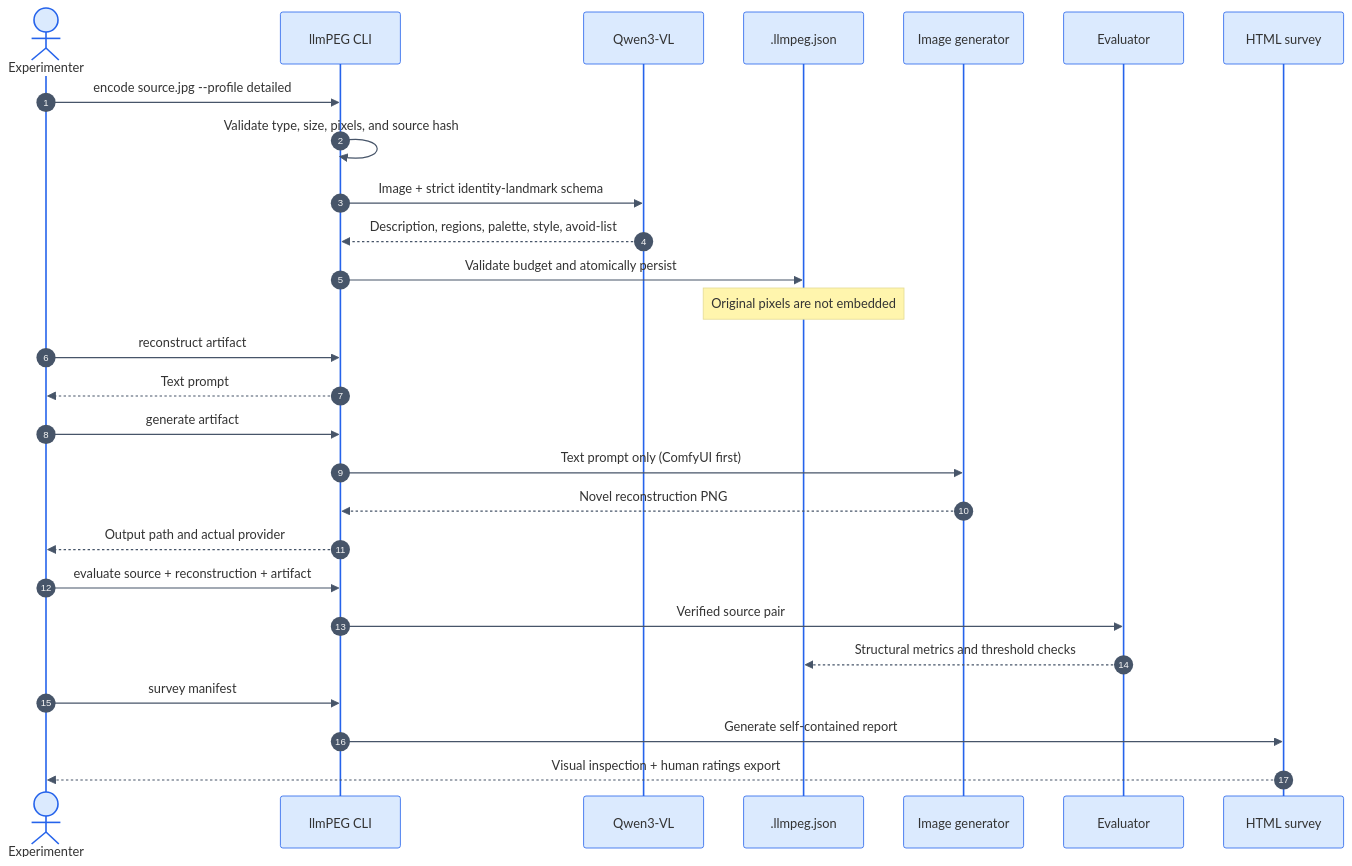
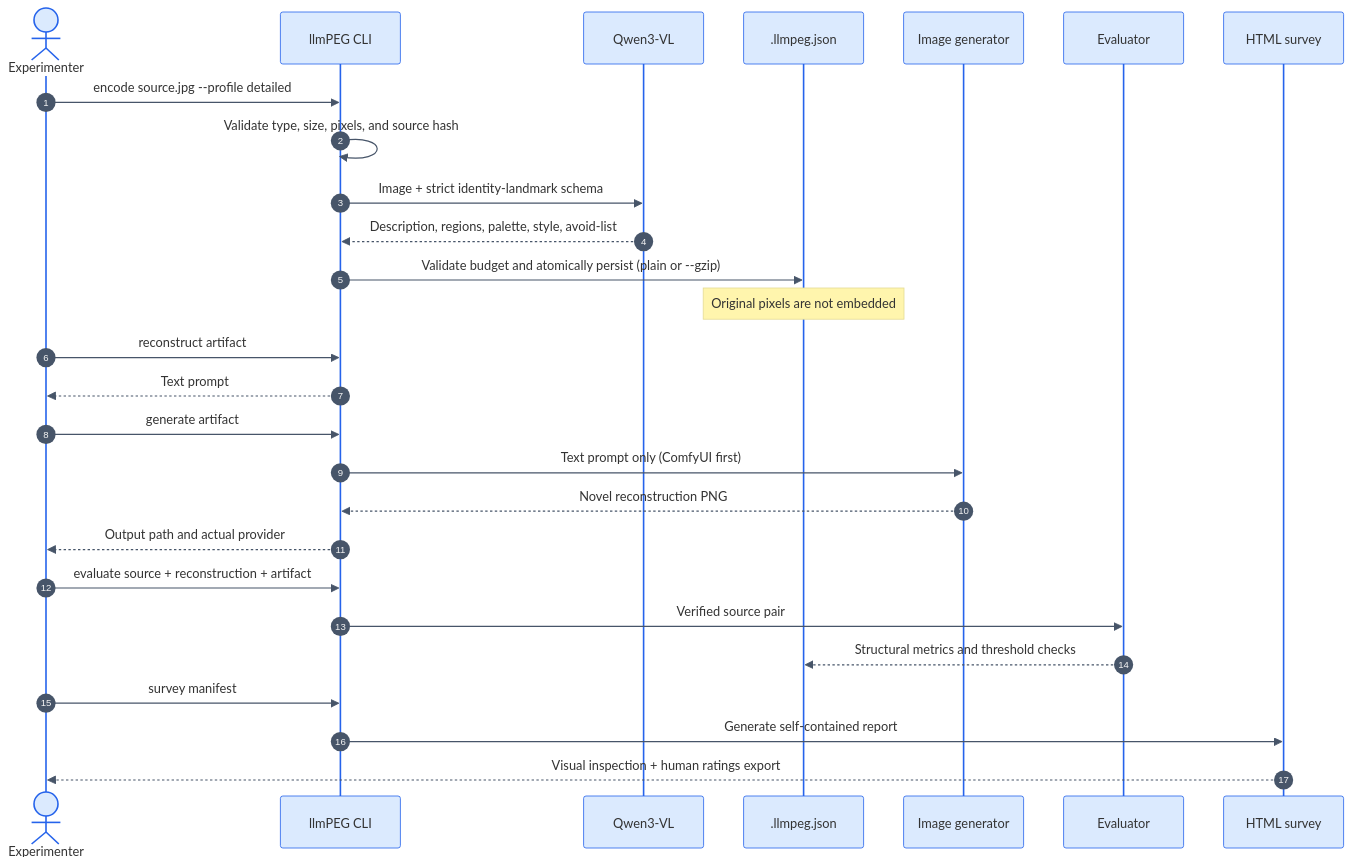
One commit to marcelpetrick/llmPEG changed the fourth of 4 diagrams in docs/architecture.md. Above: the diagram before and after it, drawn with Mermaid. The commit also changed other lines of this file and 7 other files, not shown here.

````diff
--- a/docs/architecture.md
+++ b/docs/architecture.md
@@ -132,31 +132,31 @@
 ```mermaid
 %%{init: {"theme":"base","themeVariables":{"fontFamily":"Inter, ui-sans-serif, system-ui","actorBkg":"#DBEAFE","actorBorder":"#2563EB","signalColor":"#475569","activationBkgColor":"#FFF7D6","activationBorderColor":"#D97706"}}}%%
 sequenceDiagram
   autonumber
   actor U as Experimenter
   participant C as llmPEG CLI
   participant V as Qwen3-VL
   participant A as .llmpeg.json
   participant G as Image generator
   participant E as Evaluator
   participant H as HTML survey
 
   U->>C: encode source.jpg --profile detailed
   C->>C: Validate type, size, pixels, and source hash
   C->>V: Image + strict identity-landmark schema
   V-->>C: Description, regions, palette, style, avoid-list
-  C->>A: Validate budget and atomically persist
+  C->>A: Validate budget and atomically persist (plain or --gzip)
   Note over A: Original pixels are not embedded
   U->>C: reconstruct artifact
   C-->>U: Text prompt
   U->>C: generate artifact
   C->>G: Text prompt only (ComfyUI first)
   G-->>C: Novel reconstruction PNG
   C-->>U: Output path and actual provider
   U->>C: evaluate source + reconstruction + artifact
   C->>E: Verified source pair
   E-->>A: Structural metrics and threshold checks
   U->>C: survey manifest
   C->>H: Generate self-contained report
   H-->>U: Visual inspection + human ratings export
 ```
````
